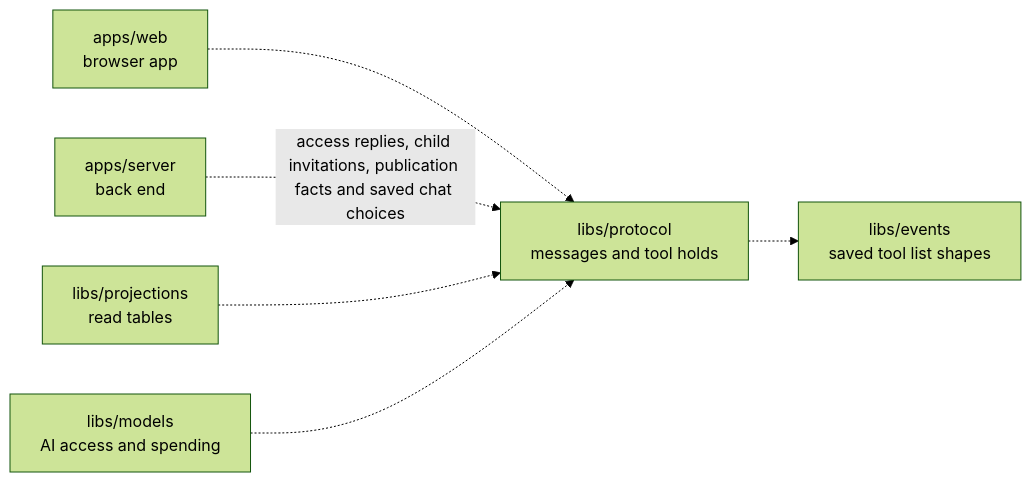
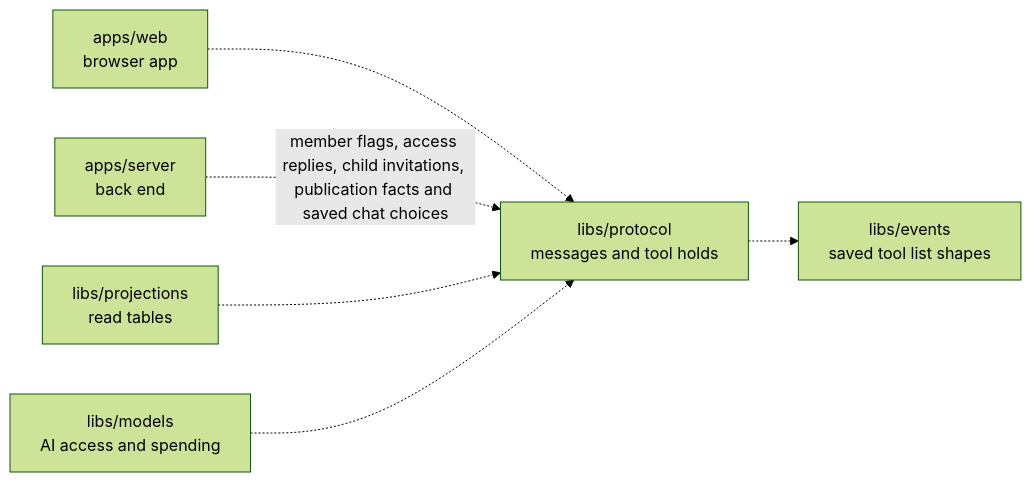
Before and after one commit to elewa-git/opencrane-new: the diagram in libs/protocol/README.md, drawn with Mermaid (forest theme). The commit also changed other lines of this file and 35 other files, not shown here.

Commit message:
👥 Add member directory and current management flags

````diff
--- a/libs/protocol/README.md
+++ b/libs/protocol/README.md
@@ -11,8 +11,8 @@
 ```mermaid
 flowchart LR
   web["apps/web<br/>browser app"] -.-> protocol["libs/protocol<br/>messages and tool holds"]
-  server["apps/server<br/>back end"] -.->|access replies, child invitations, publication facts and saved chat choices| protocol
+  server["apps/server<br/>back end"] -.->|member flags, access replies, child invitations, publication facts and saved chat choices| protocol
   projections["libs/projections<br/>read tables"] -.-> protocol
   models["libs/models<br/>AI access and spending"] -.-> protocol
   protocol -.-> events["libs/events<br/>saved tool list shapes"]
 ```
````
